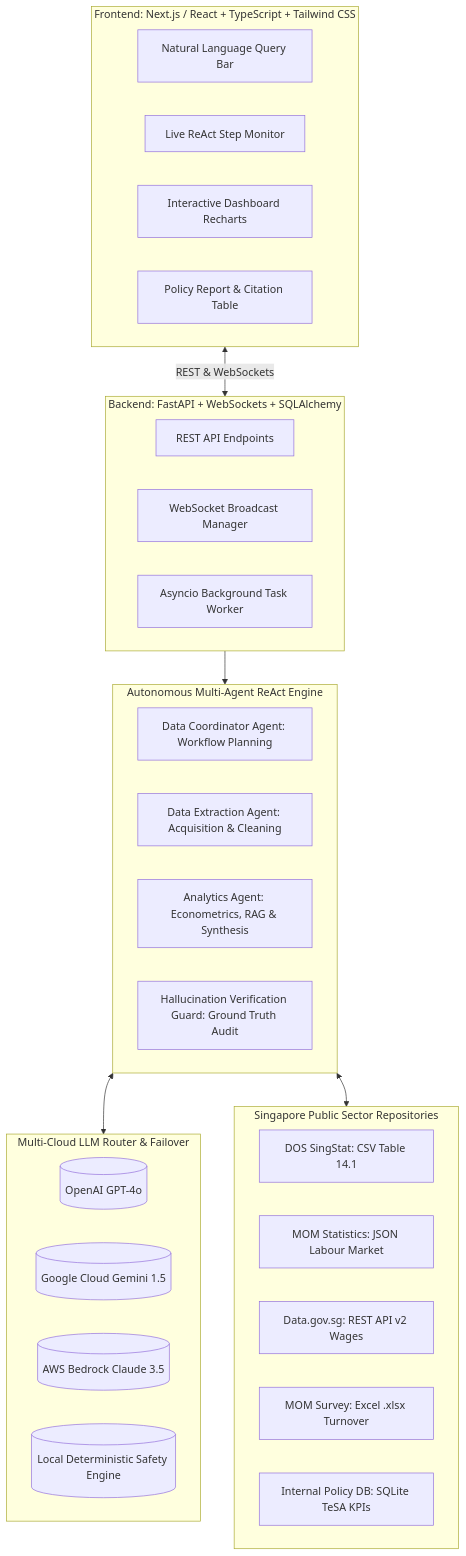
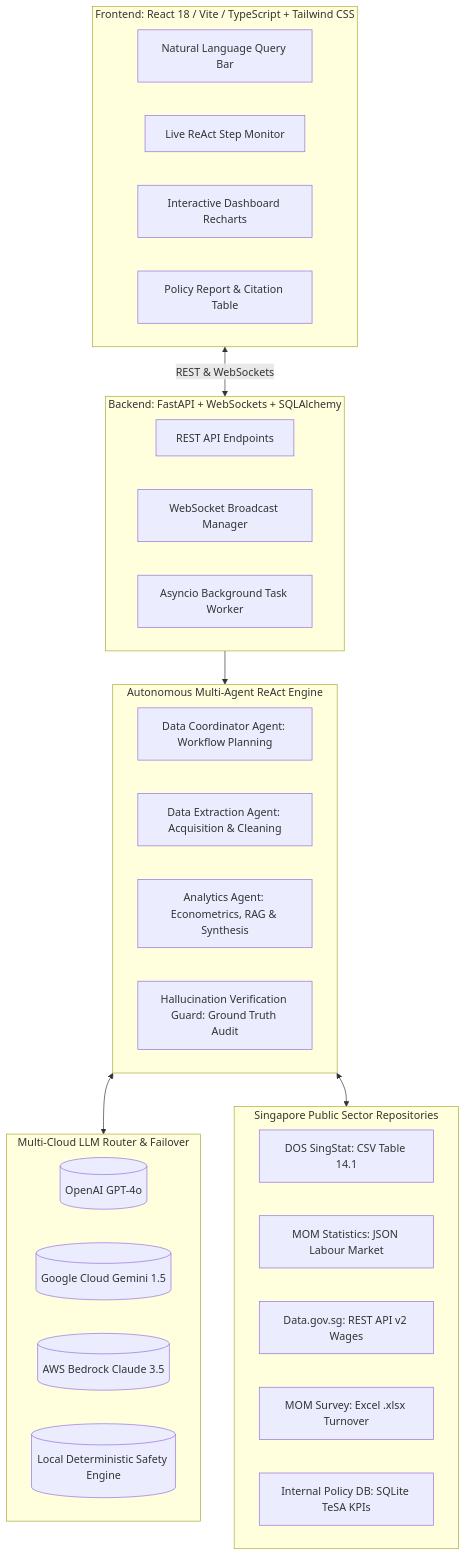
Before and after one commit to RohitKrSrivastava/Agentic-Policy-Analytics: the diagram in README.md, drawn with Mermaid. The commit also changed other lines of this file and 17 other files, not shown here.

````diff
--- a/README.md
+++ b/README.md
@@ -31,42 +31,42 @@
 ```mermaid
 flowchart TD
-    subgraph Frontend_UI [Frontend: Next.js / React + TypeScript + Tailwind CSS]
+    subgraph Frontend_UI [Frontend: React 18 / Vite / TypeScript + Tailwind CSS]
         A1[Natural Language Query Bar]
         A2[Live ReAct Step Monitor]
         A3[Interactive Dashboard Recharts]
         A4[Policy Report & Citation Table]
     end
 
     subgraph Backend_FastAPI [Backend: FastAPI + WebSockets + SQLAlchemy]
         B1[REST API Endpoints]
         B2[WebSocket Broadcast Manager]
         B3[Asyncio Background Task Worker]
     end
 
     subgraph Agentic_Layer [Autonomous Multi-Agent ReAct Engine]
         C1[Data Coordinator Agent: Workflow Planning]
         C2[Data Extraction Agent: Acquisition & Cleaning]
         C3[Analytics Agent: Econometrics, RAG & Synthesis]
         C4[Hallucination Verification Guard: Ground Truth Audit]
     end
 
     subgraph Multi_Cloud_LLMs [Multi-Cloud LLM Router & Failover]
         D1[(OpenAI GPT-4o)]
         D2[(Google Cloud Gemini 1.5)]
         D3[(AWS Bedrock Claude 3.5)]
         D4[(Local Deterministic Safety Engine)]
     end
 
     subgraph Singapore_Data [Singapore Public Sector Repositories]
         E1[DOS SingStat: CSV Table 14.1]
         E2[MOM Statistics: JSON Labour Market]
         E3[Data.gov.sg: REST API v2 Wages]
         E4[MOM Survey: Excel .xlsx Turnover]
         E5[Internal Policy DB: SQLite TeSA KPIs]
     end
 
     Frontend_UI <-->|REST & WebSockets| Backend_FastAPI
     Backend_FastAPI --> Agentic_Layer
     Agentic_Layer <--> Multi_Cloud_LLMs
     Agentic_Layer <--> Singapore_Data
 ```
````
